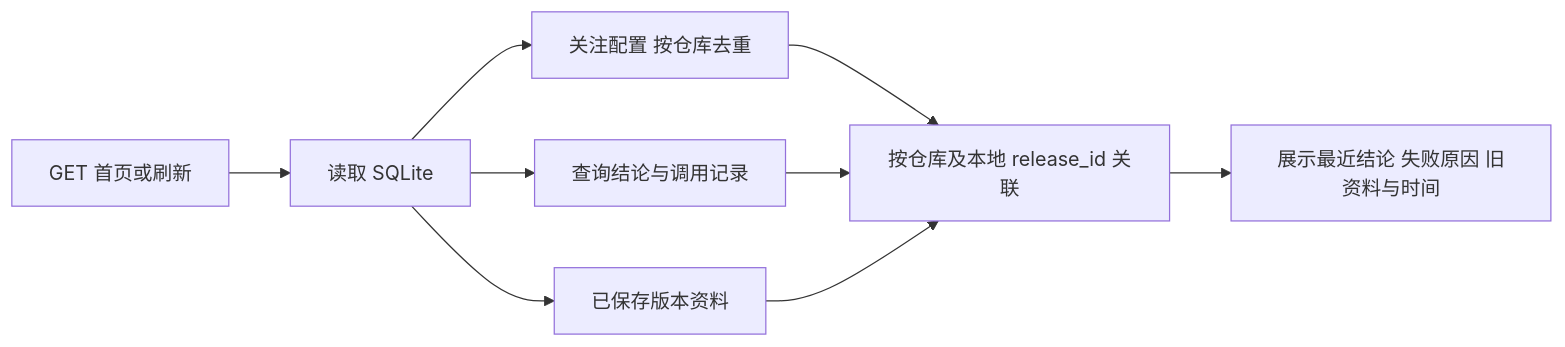
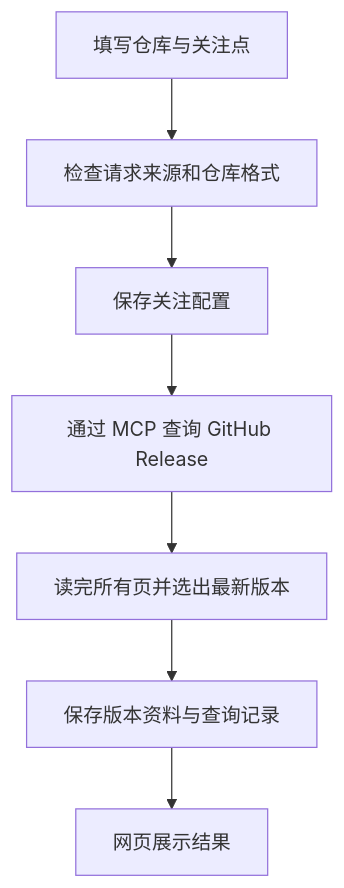
Before and after one commit to lonnylonny/diff-x-hunter: the diagram in docs/reports/01-diff-report.md, drawn with Mermaid. The commit also changed other lines of this file and 8 other files, not shown here.

````diff
--- a/docs/reports/01-diff-report.md
+++ b/docs/reports/01-diff-report.md
@@ -189,11 +17,9 @@
 ```mermaid
-flowchart LR
-    A[GET 首页或刷新] --> B[读取 SQLite]
-    B --> C[关注配置 按仓库去重]
-    B --> D[查询结论与调用记录]
-    B --> E[已保存版本资料]
-    C --> F[按仓库及本地 release_id 关联]
-    D --> F
-    E --> F
-    F --> G[展示最近结论 失败原因 旧资料与时间]
+flowchart TD
+    A[填写仓库与关注点] --> B[检查请求来源和仓库格式]
+    B --> C[保存关注配置]
+    C --> D[通过 MCP 查询 GitHub Release]
+    D --> E[读完所有页并选出最新版本]
+    E --> F[保存版本资料与查询记录]
+    F --> G[网页展示结果]
 ```
````
